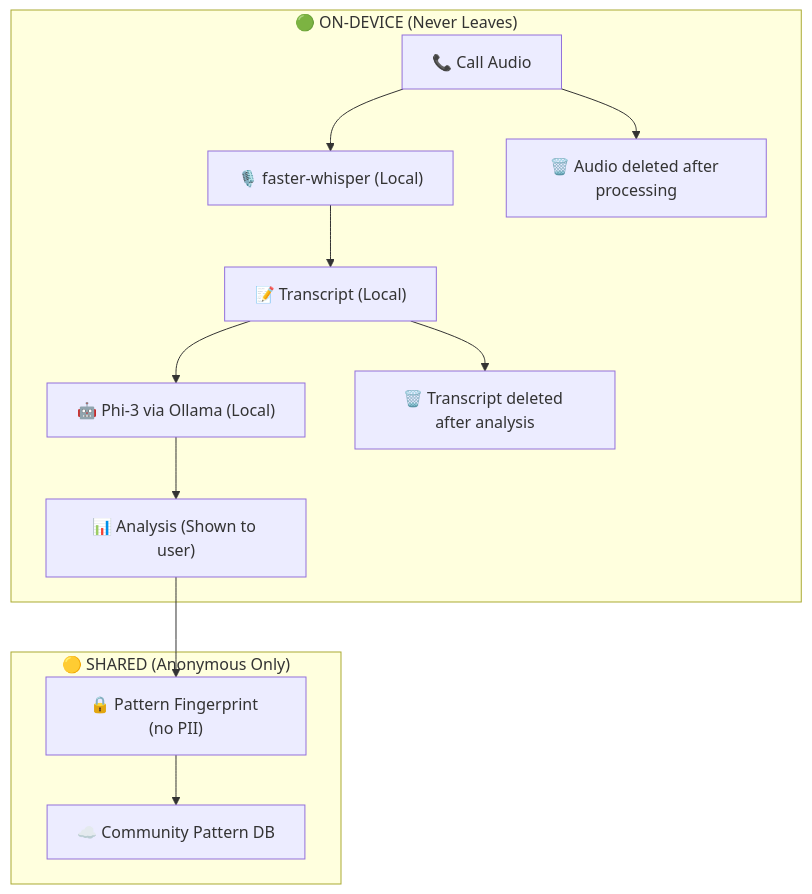
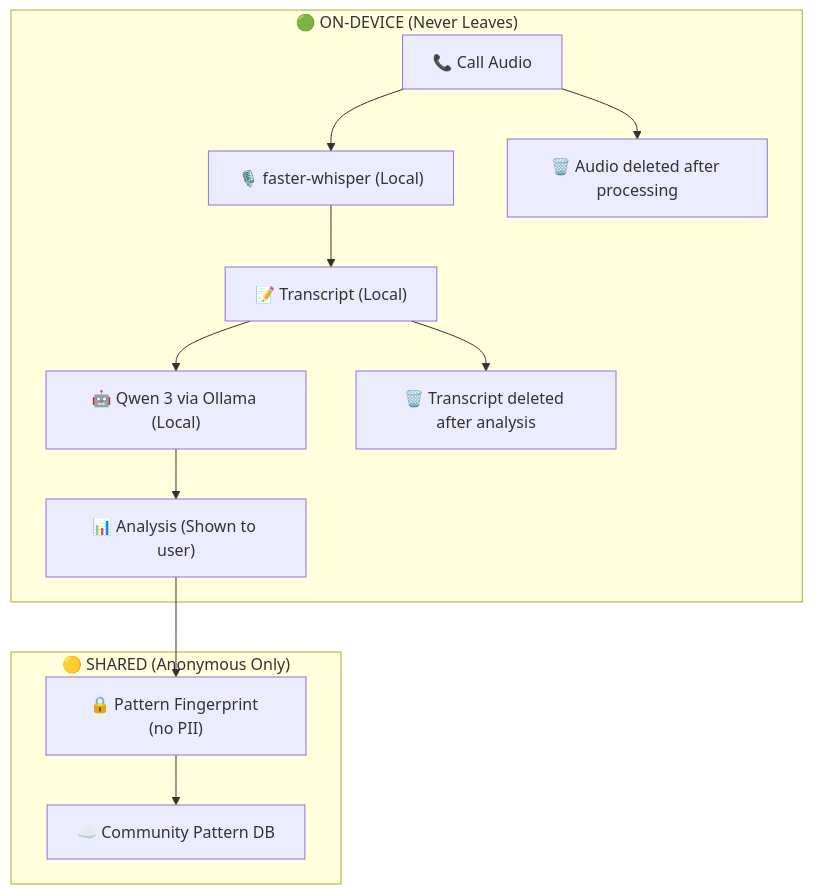
One commit to Team-Of-Elites/SurakshaCall-AI changed the second of 3 diagrams in docs/complete_evaluation_and_solutions.md. Above: the diagram before and after it, drawn with Mermaid. The commit also changed other lines of this file and 4 other files, not shown here.

Commit message:
Use Qwen 3 4B for local reasoning model

````diff
--- a/docs/complete_evaluation_and_solutions.md
+++ b/docs/complete_evaluation_and_solutions.md
@@ -102,15 +102,15 @@
 ```mermaid
 graph TD
     subgraph "🟢 ON-DEVICE (Never Leaves)"
         A["📞 Call Audio"] --> B["🎙️ faster-whisper (Local)"]
         B --> C["📝 Transcript (Local)"]
-        C --> D["🤖 Phi-3 via Ollama (Local)"]
+        C --> D["🤖 Qwen 3 via Ollama (Local)"]
         D --> E["📊 Analysis (Shown to user)"]
         A --> F["🗑️ Audio deleted after processing"]
         C --> G["🗑️ Transcript deleted after analysis"]
     end
     subgraph "🟡 SHARED (Anonymous Only)"
         E --> H["🔒 Pattern Fingerprint (no PII)"]
         H --> I["☁️ Community Pattern DB"]
     end
 ```
````
